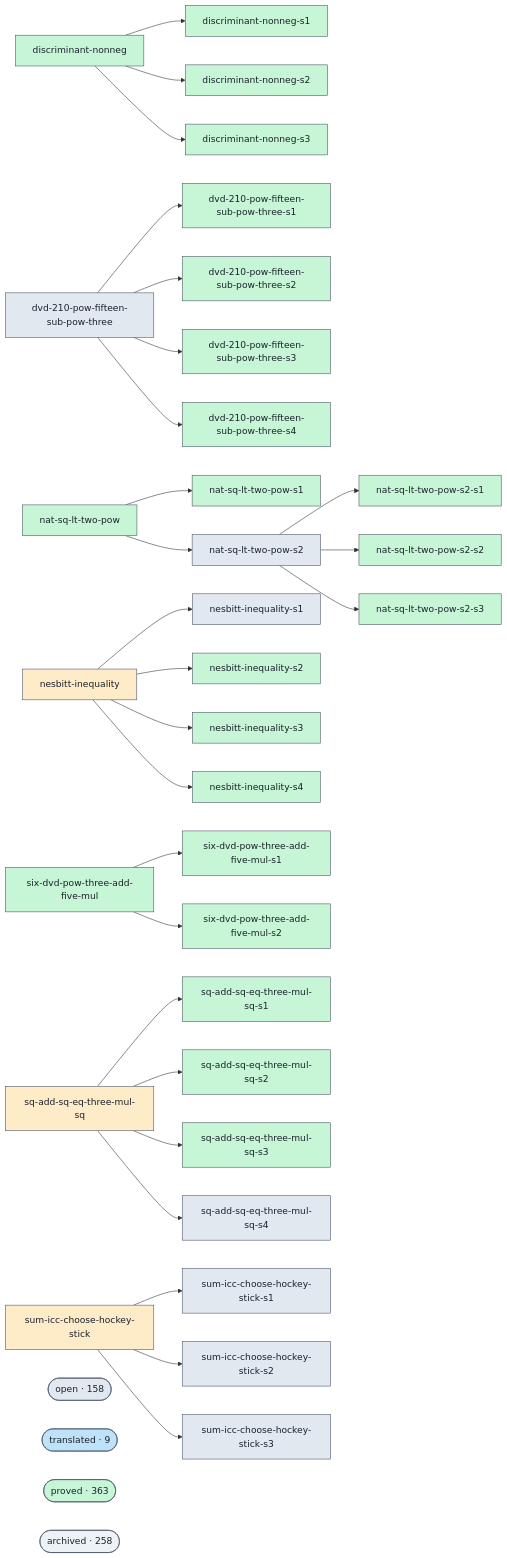
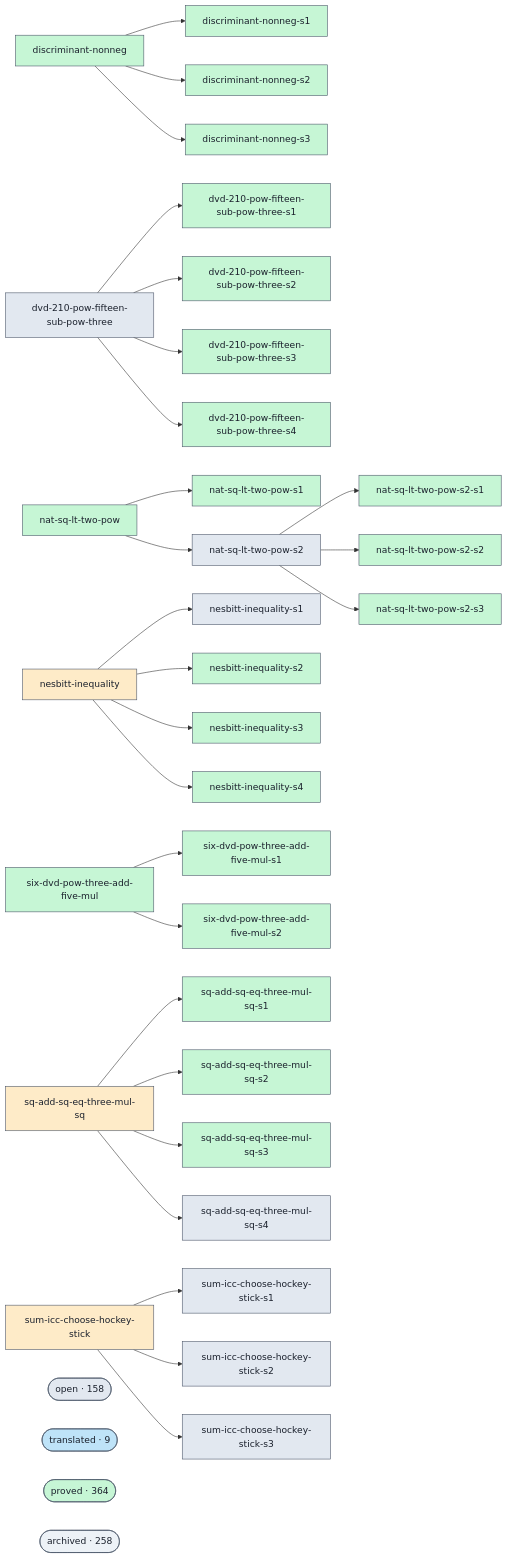
One commit to Rauxon/unsorry changed the diagram in docs/proofs-contributors-visualisation.md. Above: the diagram before and after it, drawn with Mermaid. The commit also changed other lines of this file and 2 other files, not shown here.

```diff
--- a/docs/proofs-contributors-visualisation.md
+++ b/docs/proofs-contributors-visualisation.md
@@ -147,7 +147,7 @@
   class cluster_open open;
   cluster_translated(["translated · 9"])
   class cluster_translated translated;
-  cluster_proved(["proved · 363"])
+  cluster_proved(["proved · 364"])
   class cluster_proved proved;
   cluster_archived(["archived · 258"])
   class cluster_archived unknown;
```
